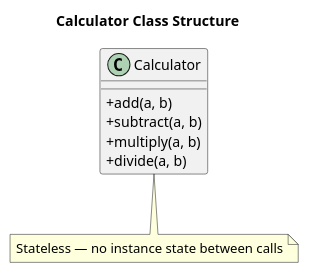
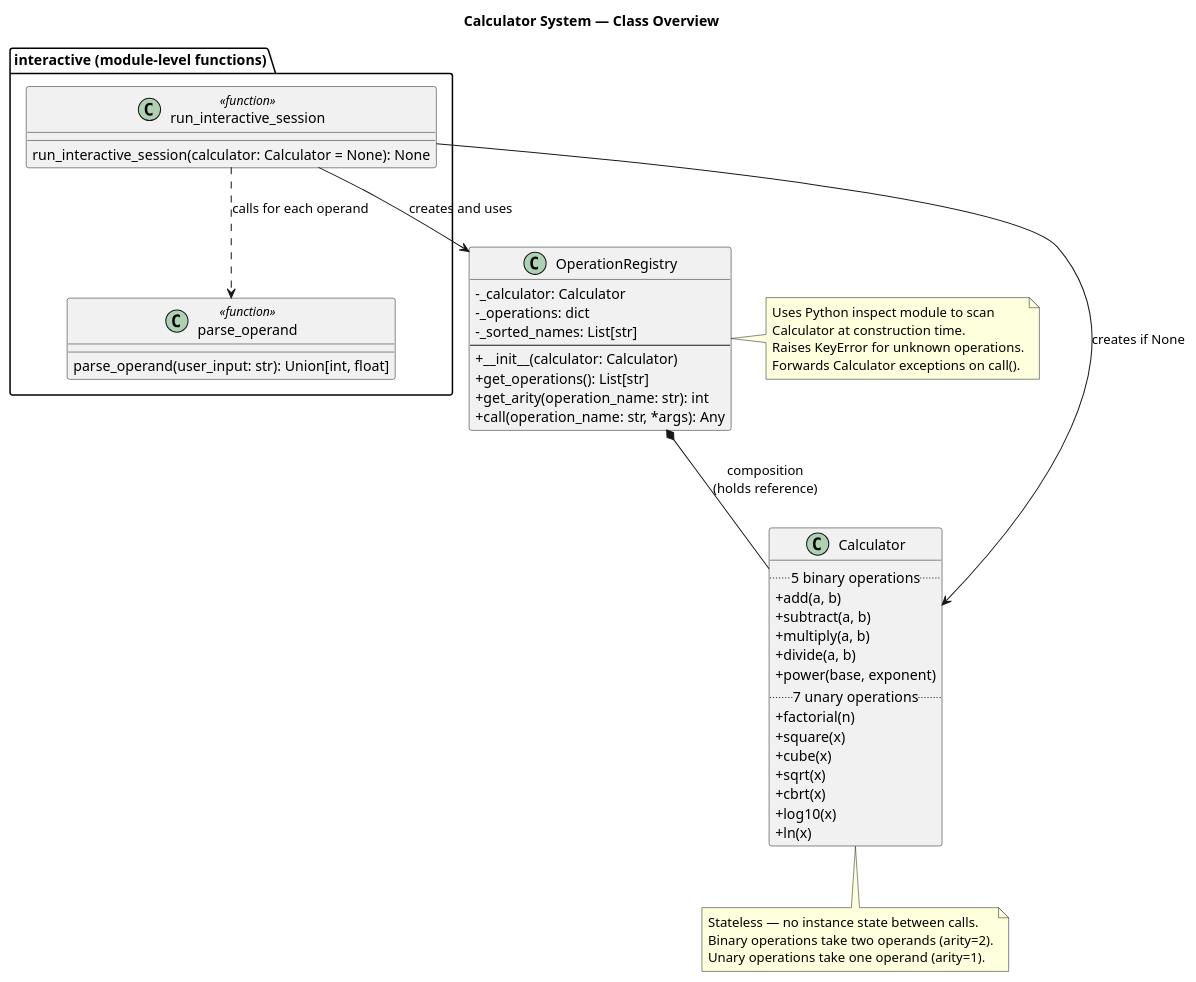
The diagram in artifacts/class_diagram.puml (DanielRiha8906/Calculator_bachelor_autoevolution_team), drawn with PlantUML before and after one commit. The commit also changed 3 other files, not shown here.

Commit message:
add PlantUML diagrams for interactive input feature

```diff
--- a/artifacts/class_diagram.puml
+++ b/artifacts/class_diagram.puml
@@ -1,17 +1,61 @@
 @startuml
-title Calculator Class Structure
+title Calculator System — Class Overview
 
 skinparam classAttributeIconSize 0
 
 class Calculator {
+  .. 5 binary operations ..
   + add(a, b)
   + subtract(a, b)
   + multiply(a, b)
   + divide(a, b)
+  + power(base, exponent)
+  .. 7 unary operations ..
+  + factorial(n)
+  + square(x)
+  + cube(x)
+  + sqrt(x)
+  + cbrt(x)
+  + log10(x)
+  + ln(x)
 }
 
 note bottom of Calculator
-  Stateless — no instance state between calls
+  Stateless — no instance state between calls.
+  Binary operations take two operands (arity=2).
+  Unary operations take one operand (arity=1).
 end note
 
+class OperationRegistry {
+  - _calculator: Calculator
+  - _operations: dict
+  - _sorted_names: List[str]
+  --
+  + __init__(calculator: Calculator)
+  + get_operations(): List[str]
+  + get_arity(operation_name: str): int
+  + call(operation_name: str, *args): Any
+}
+
+note right of OperationRegistry
+  Uses Python inspect module to scan
+  Calculator at construction time.
+  Raises KeyError for unknown operations.
+  Forwards Calculator exceptions on call().
+end note
+
+package "interactive (module-level functions)" {
+  class parse_operand <<function>> {
+    parse_operand(user_input: str): Union[int, float]
+  }
+  class run_interactive_session <<function>> {
+    run_interactive_session(calculator: Calculator = None): None
+  }
+}
+
+OperationRegistry *-- Calculator : composition\n(holds reference)
+run_interactive_session --> OperationRegistry : creates and uses
+run_interactive_session --> Calculator : creates if None
+run_interactive_session ..> parse_operand : calls for each operand
+
 @enduml
```
